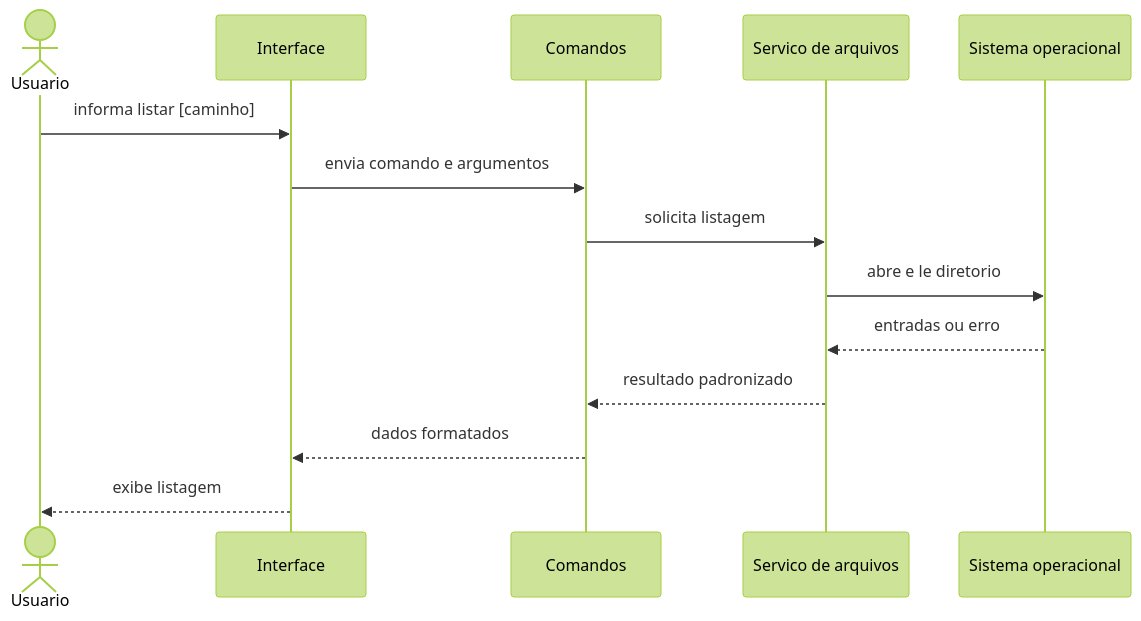
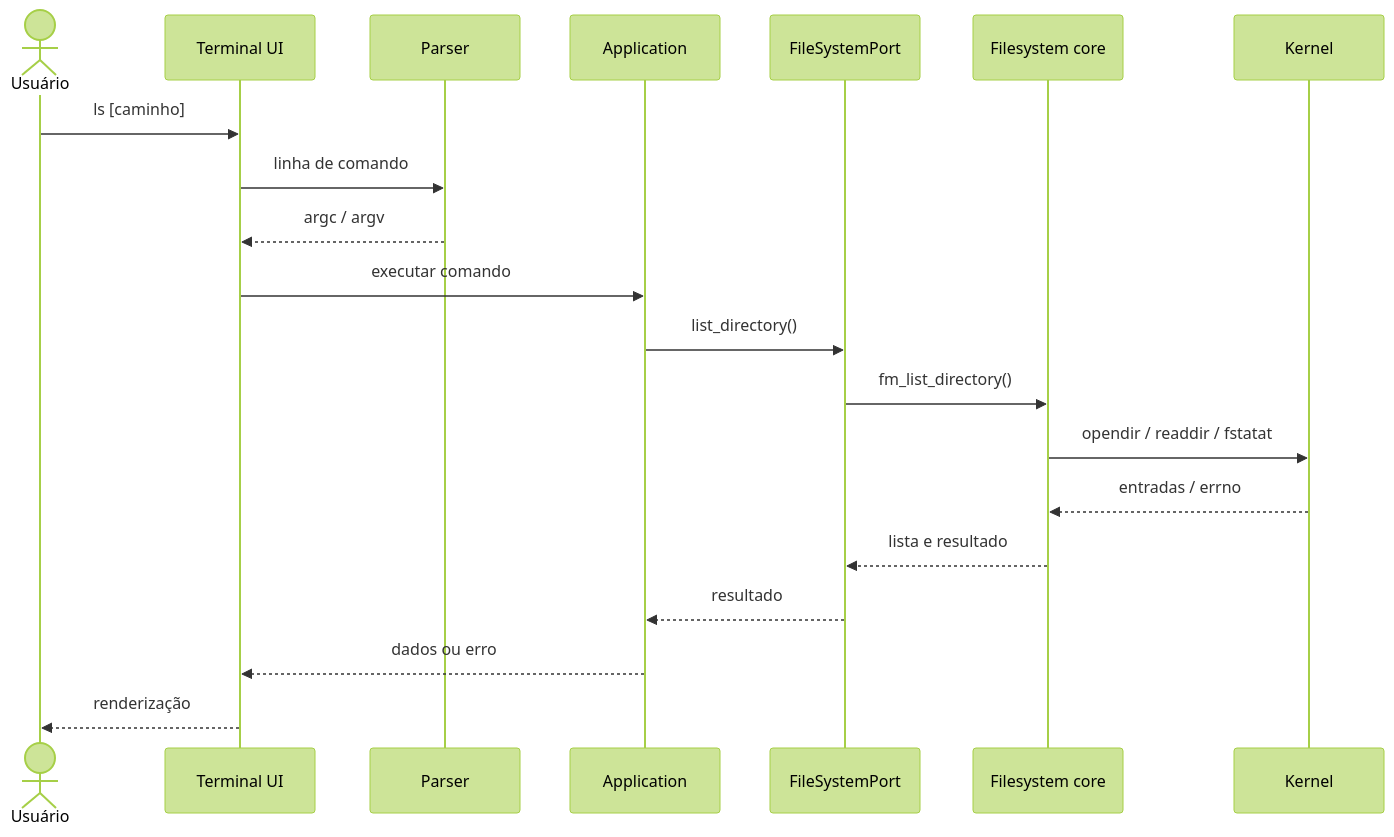
Before and after one commit to mnl-nox/file-manager: the second of 3 diagrams in doc/uml.md, drawn with Mermaid (forest theme). The commit also changed other lines of this file and 5 other files, not shown here.

````diff
--- a/doc/uml.md
+++ b/doc/uml.md
@@ -45,17 +23,23 @@
 ```mermaid
 sequenceDiagram
-    actor Usuario
-    participant UI as Interface
-    participant CMD as Comandos
-    participant FS as Servico de arquivos
-    participant SO as Sistema operacional
+    actor User as Usuário
+    participant UI as Terminal UI
+    participant Parser
+    participant App as Application
+    participant Port as FileSystemPort
+    participant Core as Filesystem core
+    participant Kernel as Kernel
 
-    Usuario->>UI: informa listar [caminho]
-    UI->>CMD: envia comando e argumentos
-    CMD->>FS: solicita listagem
-    FS->>SO: abre e le diretorio
-    SO-->>FS: entradas ou erro
-    FS-->>CMD: resultado padronizado
-    CMD-->>UI: dados formatados
-    UI-->>Usuario: exibe listagem
+    User->>UI: ls [caminho]
+    UI->>Parser: linha de comando
+    Parser-->>UI: argc / argv
+    UI->>App: executar comando
+    App->>Port: list_directory()
+    Port->>Core: fm_list_directory()
+    Core->>Kernel: opendir / readdir / fstatat
+    Kernel-->>Core: entradas / errno
+    Core-->>Port: lista e resultado
+    Port-->>App: resultado
+    App-->>UI: dados ou erro
+    UI-->>User: renderização
 ```
````
